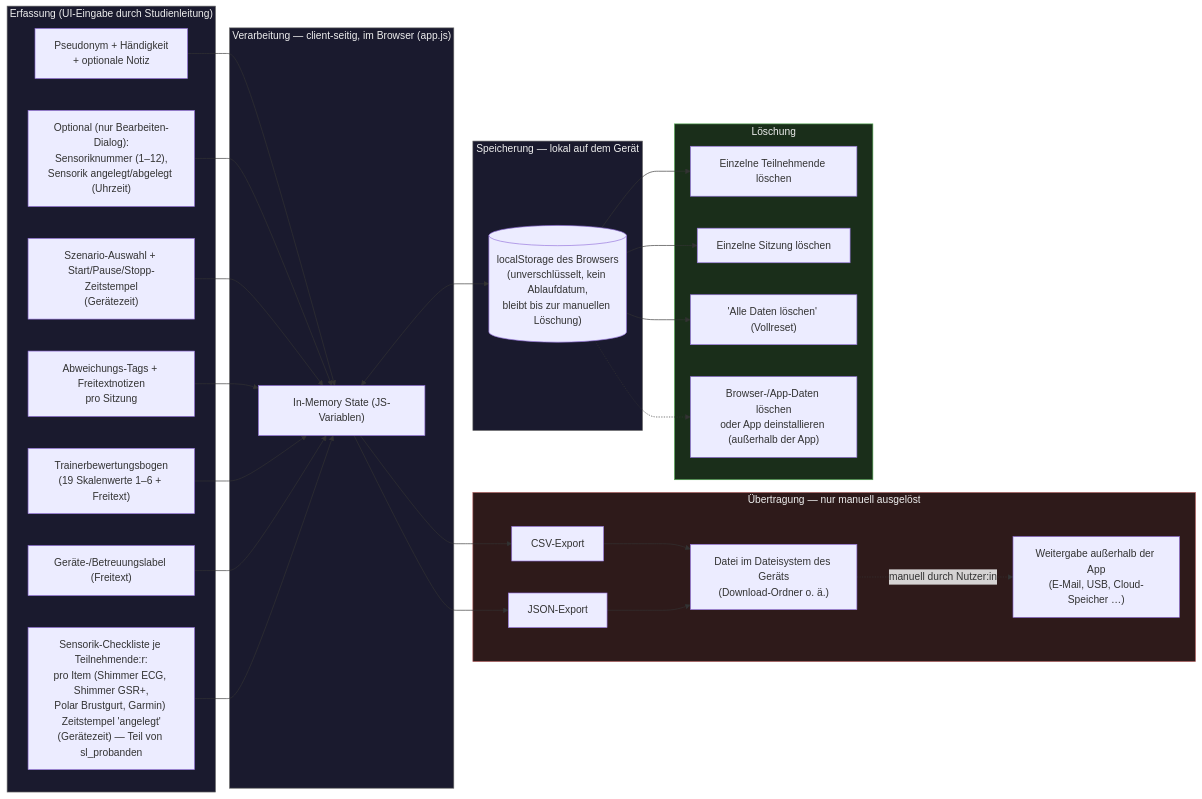
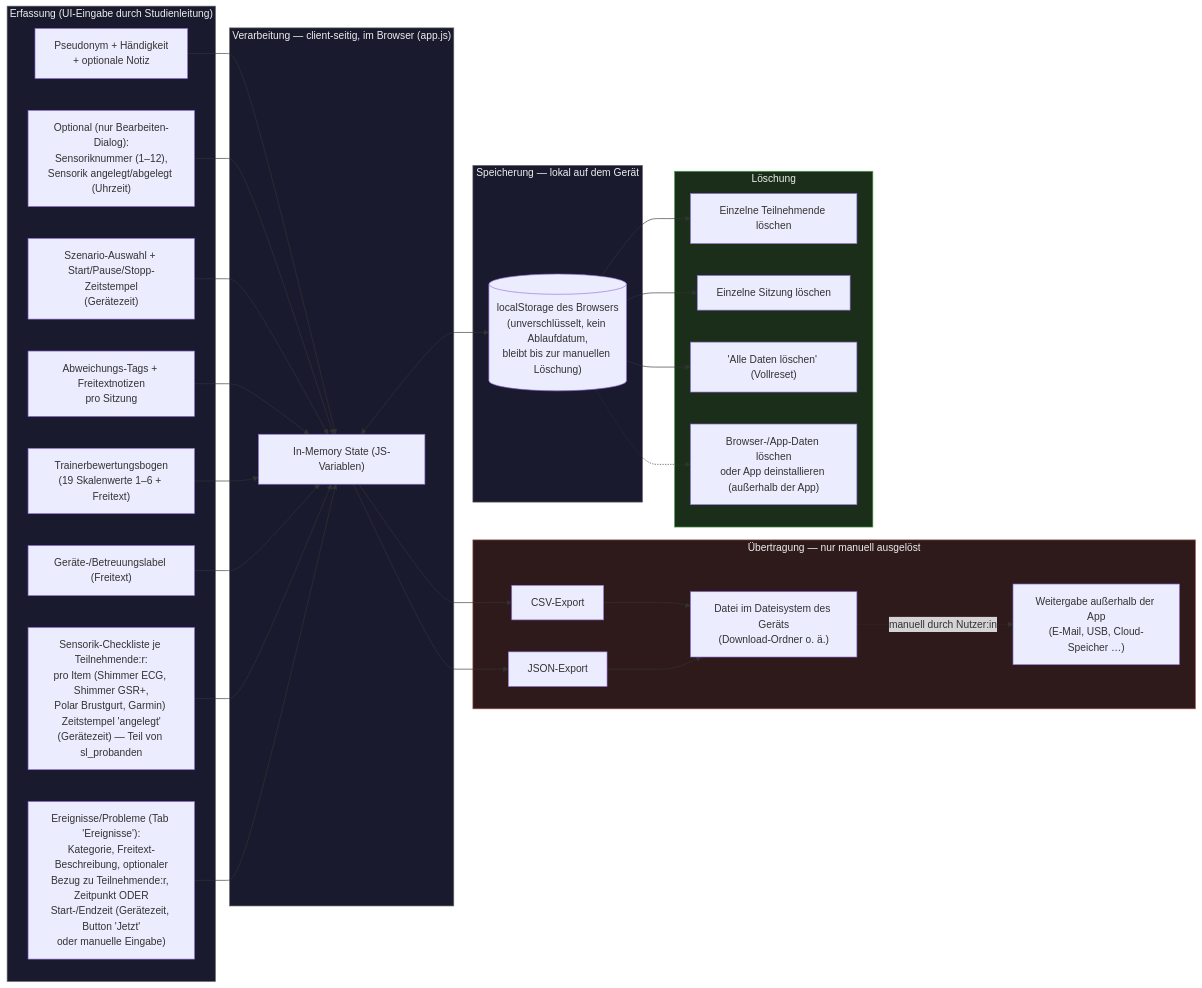
One commit to MStem911/studylog-mext changed the diagram in docs/DATENFLUSS.md. Above: the diagram before and after it, drawn with Mermaid. The commit also changed other lines of this file and 6 other files, not shown here.

First line of the commit message:
feat: Neuer Tab "Ereignisse" fuer Zeitpunkt-/Zeitraum-Erfassung von Problemen (v2.12.0)

````diff
--- a/docs/DATENFLUSS.md
+++ b/docs/DATENFLUSS.md
@@ -27,51 +27,52 @@
 ```mermaid
 flowchart LR
     subgraph Input["Erfassung (UI-Eingabe durch Studienleitung)"]
         I1["Pseudonym + Händigkeit<br/>+ optionale Notiz"]
         I2["Optional (nur Bearbeiten-Dialog):<br/>Sensoriknummer (1–12),<br/>Sensorik angelegt/abgelegt (Uhrzeit)"]
         I3["Szenario-Auswahl + Start/Pause/Stopp-Zeitstempel<br/>(Gerätezeit)"]
         I4["Abweichungs-Tags + Freitextnotizen<br/>pro Sitzung"]
         I5["Trainerbewertungsbogen<br/>(19 Skalenwerte 1–6 + Freitext)"]
         I6["Geräte-/Betreuungslabel (Freitext)"]
         I7["Sensorik-Checkliste je Teilnehmende:r:<br/>pro Item (Shimmer ECG, Shimmer GSR+,<br/>Polar Brustgurt, Garmin) Zeitstempel 'angelegt'<br/>(Gerätezeit) — Teil von sl_probanden"]
+        I8["Ereignisse/Probleme (Tab 'Ereignisse'):<br/>Kategorie, Freitext-Beschreibung, optionaler<br/>Bezug zu Teilnehmende:r, Zeitpunkt ODER<br/>Start-/Endzeit (Gerätezeit, Button 'Jetzt'<br/>oder manuelle Eingabe)"]
     end
 
     subgraph Process["Verarbeitung — client-seitig, im Browser (app.js)"]
         P1["In-Memory State (JS-Variablen)"]
     end
 
     subgraph Storage["Speicherung — lokal auf dem Gerät"]
         S1[("localStorage des Browsers<br/>(unverschlüsselt, kein Ablaufdatum,<br/>bleibt bis zur manuellen Löschung)")]
     end
 
     subgraph Transfer["Übertragung — nur manuell ausgelöst"]
         T1["CSV-Export"]
         T2["JSON-Export"]
         T3["Datei im Dateisystem des Geräts<br/>(Download-Ordner o. ä.)"]
         T4["Weitergabe außerhalb der App<br/>(E-Mail, USB, Cloud-Speicher …)"]
     end
 
     subgraph Delete["Löschung"]
         D1["Einzelne Teilnehmende löschen"]
         D2["Einzelne Sitzung löschen"]
         D3["'Alle Daten löschen' (Vollreset)"]
         D4["Browser-/App-Daten löschen<br/>oder App deinstallieren (außerhalb der App)"]
     end
 
-    I1 & I2 & I3 & I4 & I5 & I6 & I7 --> P1
+    I1 & I2 & I3 & I4 & I5 & I6 & I7 & I8 --> P1
     P1 <--> S1
     P1 --> T1 --> T3
     P1 --> T2 --> T3
     T3 -.manuell durch Nutzer:in.-> T4
 
     S1 --> D1
     S1 --> D2
     S1 --> D3
     S1 -.-> D4
 
     style Input fill:#1a1a2e,stroke:#666,color:#eee
     style Process fill:#1a1a2e,stroke:#666,color:#eee
     style Storage fill:#1a1a2e,stroke:#666,color:#eee
     style Transfer fill:#2e1a1a,stroke:#a55,color:#eee
     style Delete fill:#1a2e1a,stroke:#5a5,color:#eee
 ```
````
